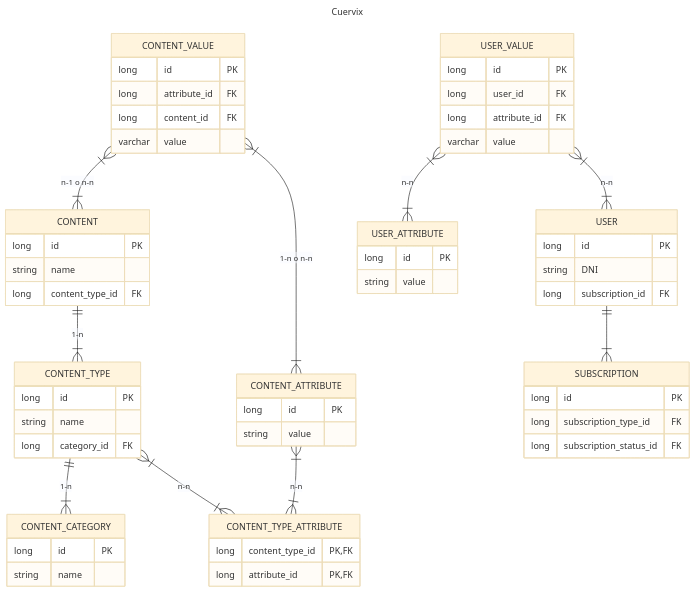
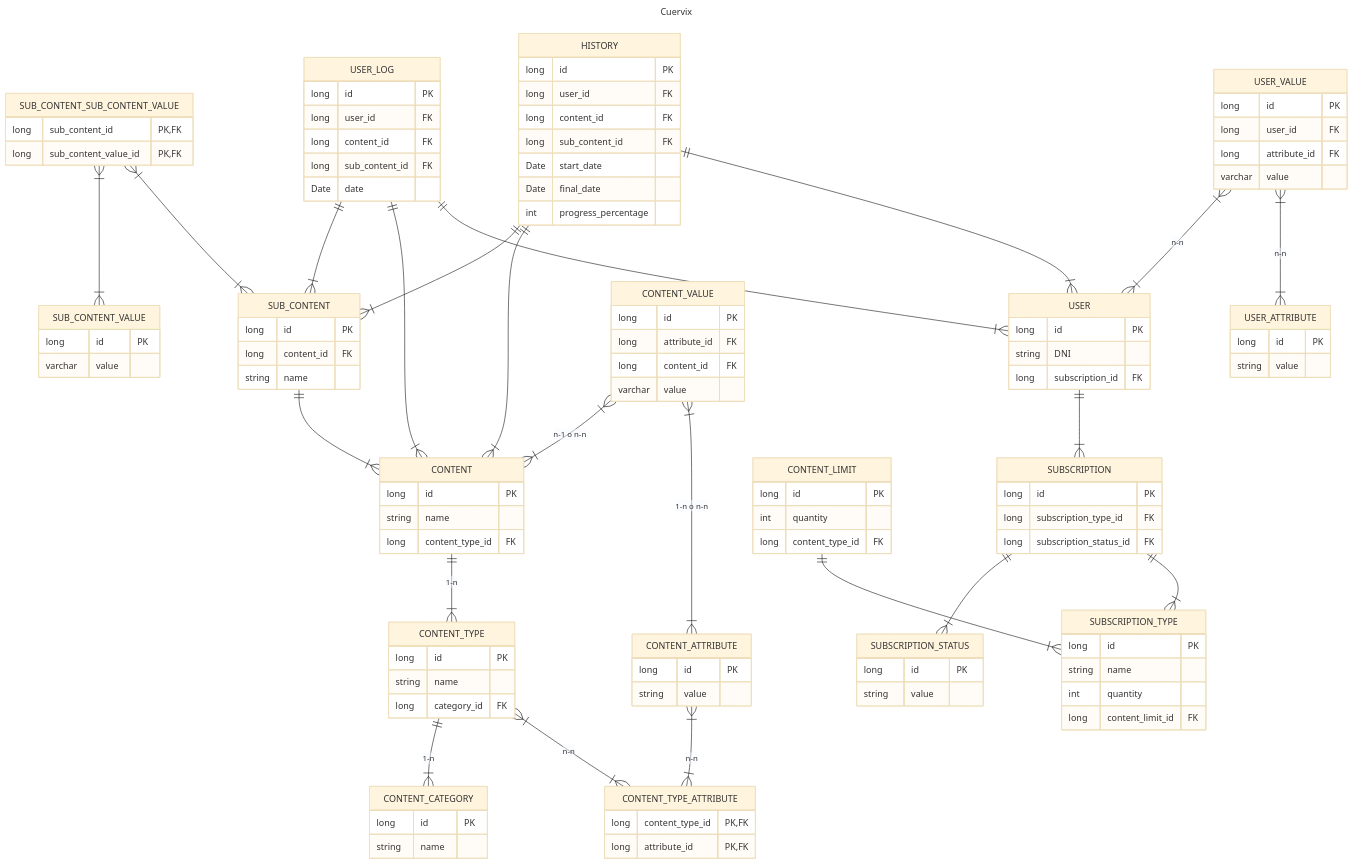
Before and after one commit to maiacamarero/DISIS_DB: the diagram in Cuervix.mmd, drawn with Mermaid (base theme). The commit also changed 6 other files, not shown here.

```diff
--- a/Cuervix.mmd
+++ b/Cuervix.mmd
@@ -1,73 +1,141 @@
 ---
 title: Cuervix
 ---
 erDiagram
     CONTENT ||--|{ CONTENT_TYPE : "1-n"
     CONTENT{
         long id PK
         string name
         long content_type_id FK
     }
+
+    SUB_CONTENT ||--|{ CONTENT : ""
+    SUB_CONTENT{
+        long id PK
+        long content_id FK
+        string name
+    }
+
+    SUB_CONTENT_SUB_CONTENT_VALUE }|--|{ SUB_CONTENT_VALUE :""
+    SUB_CONTENT_SUB_CONTENT_VALUE }|--|{ SUB_CONTENT :""
+    SUB_CONTENT_SUB_CONTENT_VALUE{
+        long sub_content_id PK, FK
+        long sub_content_value_id PK, FK
+    }
+
+    SUB_CONTENT_VALUE{
+        long id PK
+        varchar value
+    }
+
 
     CONTENT_TYPE ||--|{ CONTENT_CATEGORY : "1-n"
     CONTENT_TYPE{
         long id PK
         string name
         long category_id FK
     }
 
     CONTENT_CATEGORY{
         long id PK
         string name
     }
 
     CONTENT_TYPE }|--|{ CONTENT_TYPE_ATTRIBUTE : "n-n"
     CONTENT_ATTRIBUTE }|--|{ CONTENT_TYPE_ATTRIBUTE : "n-n"
 
     CONTENT_ATTRIBUTE{
         long id PK
         string value
     }
 
     CONTENT_TYPE_ATTRIBUTE{
         long content_type_id PK, FK
         long attribute_id PK, FK
     }
 
 
-    CONTENT_VALUE }|--|{ CONTENT : "n-1 o n-n"
-    CONTENT_VALUE{
-        long id PK
-        long attribute_id FK
-        long content_id FK
-        varchar value
-    }
-    CONTENT_VALUE }|--|{ CONTENT_ATTRIBUTE : "1-n o n-n"
+
 
     USER{
         long id PK
         string DNI
         long subscription_id FK
     }
 
     USER_VALUE }|--|{ USER : "n-n"
     USER_VALUE{
         long id PK
         long user_id FK
         long attribute_id FK
         varchar value
     }
     USER_VALUE }|--|{ USER_ATTRIBUTE : "n-n"
 
     USER_ATTRIBUTE{
         long id PK
         string value
     }
 
+    CONTENT_VALUE }|--|{ CONTENT : "n-1 o n-n"
+    CONTENT_VALUE{
+        long id PK
+        long attribute_id FK
+        long content_id FK
+        varchar value
+    }
+    CONTENT_VALUE }|--|{ CONTENT_ATTRIBUTE : "1-n o n-n"
+
     USER ||--|{ SUBSCRIPTION : ""
     SUBSCRIPTION{
         long id PK
         long subscription_type_id FK
         long subscription_status_id FK
 
     }
+
+    SUBSCRIPTION ||--|{ SUBSCRIPTION_STATUS : ""
+    SUBSCRIPTION_STATUS{
+        long id PK
+        string value
+    }
+
+    SUBSCRIPTION ||--|{ SUBSCRIPTION_TYPE : ""
+    SUBSCRIPTION_TYPE{
+        long id PK
+        string name
+        int quantity
+        long content_limit_id FK
+    }
+
+    CONTENT_LIMIT ||--|{ SUBSCRIPTION_TYPE : ""
+    CONTENT_LIMIT{
+        long id PK
+        int quantity
+        long content_type_id FK
+    }
+
+    USER_LOG ||--|{ SUB_CONTENT : ""
+    USER_LOG ||--|{ CONTENT : ""
+    USER_LOG ||--|{ USER : ""
+    USER_LOG{
+        long id PK
+        long user_id FK
+        long content_id FK
+        long sub_content_id FK
+        Date date
+    }
+
+    HISTORY ||--|{ SUB_CONTENT : ""
+    HISTORY ||--|{ CONTENT : ""
+    HISTORY ||--|{ USER : ""
+    HISTORY{
+        long id PK
+        long user_id FK
+        long content_id FK
+        long sub_content_id FK
+        Date start_date
+        Date final_date
+        int progress_percentage
+
+    }
```
